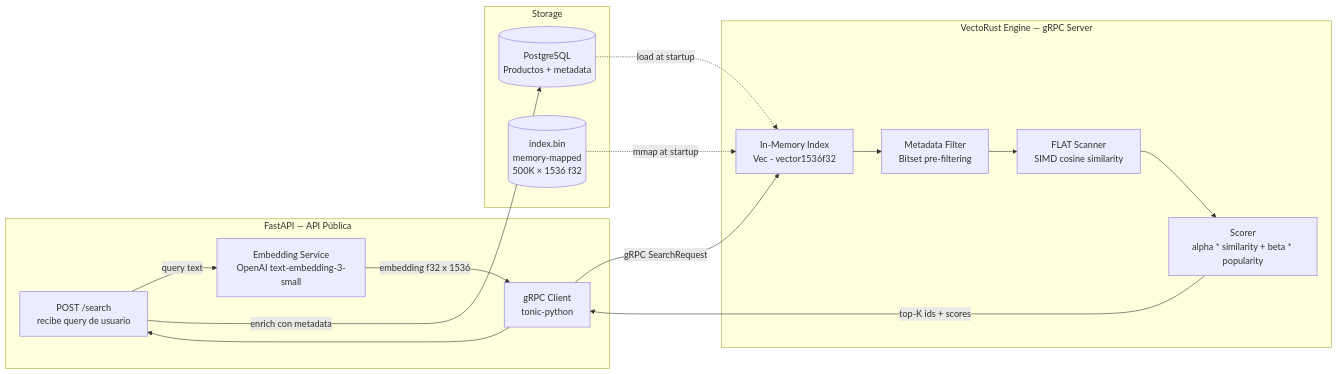
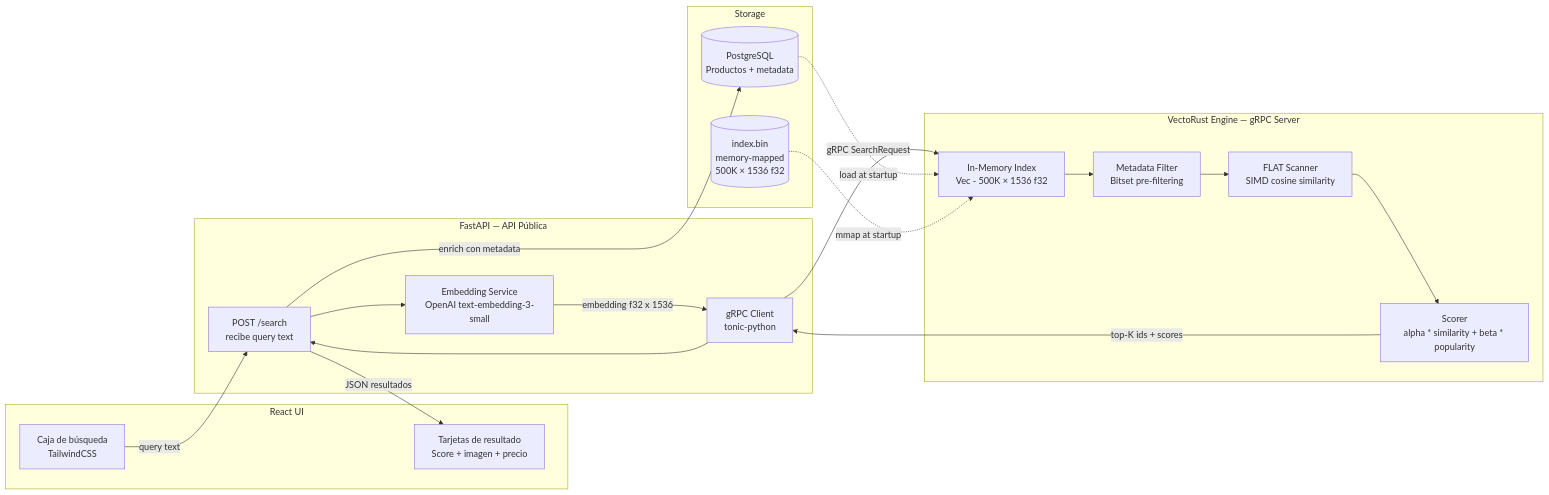
Before and after one commit to artur282/Portafolio: the diagram in 6-septiembre/proyecto-vectorust.md, drawn with Mermaid. The commit also changed other lines of this file and 2 other files, not shown here.

````diff
--- a/6-septiembre/proyecto-vectorust.md
+++ b/6-septiembre/proyecto-vectorust.md
@@ -40,31 +41,38 @@
 ```mermaid
 flowchart LR
+    subgraph Browser [React UI]
+        RUI[Caja de búsqueda\nTailwindCSS]
+        RRES[Tarjetas de resultado\nScore + imagen + precio]
+    end
+
     subgraph Python [FastAPI — API Pública]
-        UI[POST /search\nrecibe query de usuario]
+        API[POST /search\nrecibe query text]
         EMB[Embedding Service\nOpenAI text-embedding-3-small]
         GRPC_C[gRPC Client\ntonic-python]
     end
 
     subgraph Rust [VectoRust Engine — gRPC Server]
-        IDX[In-Memory Index\nVec - vector1536f32]
+        IDX[In-Memory Index\nVec - 500K × 1536 f32]
         FLAT[FLAT Scanner\nSIMD cosine similarity]
         FILTER[Metadata Filter\nBitset pre-filtering]
         SCORE[Scorer\nalpha * similarity + beta * popularity]
     end
 
     subgraph Storage
         PG[(PostgreSQL\nProductos + metadata)]
         MMAP[(index.bin\nmemory-mapped\n500K × 1536 f32)]
     end
 
-    UI -->|query text| EMB
-    EMB -->|embedding f32 x 1536| GRPC_C
-    GRPC_C -->|gRPC SearchRequest| IDX
+    RUI --> |query text| API
+    API --> EMB
+    EMB --> |embedding f32 x 1536| GRPC_C
+    GRPC_C --> |gRPC SearchRequest| IDX
     IDX --> FILTER --> FLAT --> SCORE
-    SCORE -->|top-K ids + scores| GRPC_C
-    GRPC_C --> UI
-    UI -->|enrich con metadata| PG
+    SCORE --> |top-K ids + scores| GRPC_C
+    GRPC_C --> API
+    API --> |enrich con metadata| PG
+    API --> |JSON resultados| RRES
 
-    PG -.->|load at startup| IDX
-    MMAP -.->|mmap at startup| IDX
+    PG -.-> |load at startup| IDX
+    MMAP -.-> |mmap at startup| IDX
 ```
````
